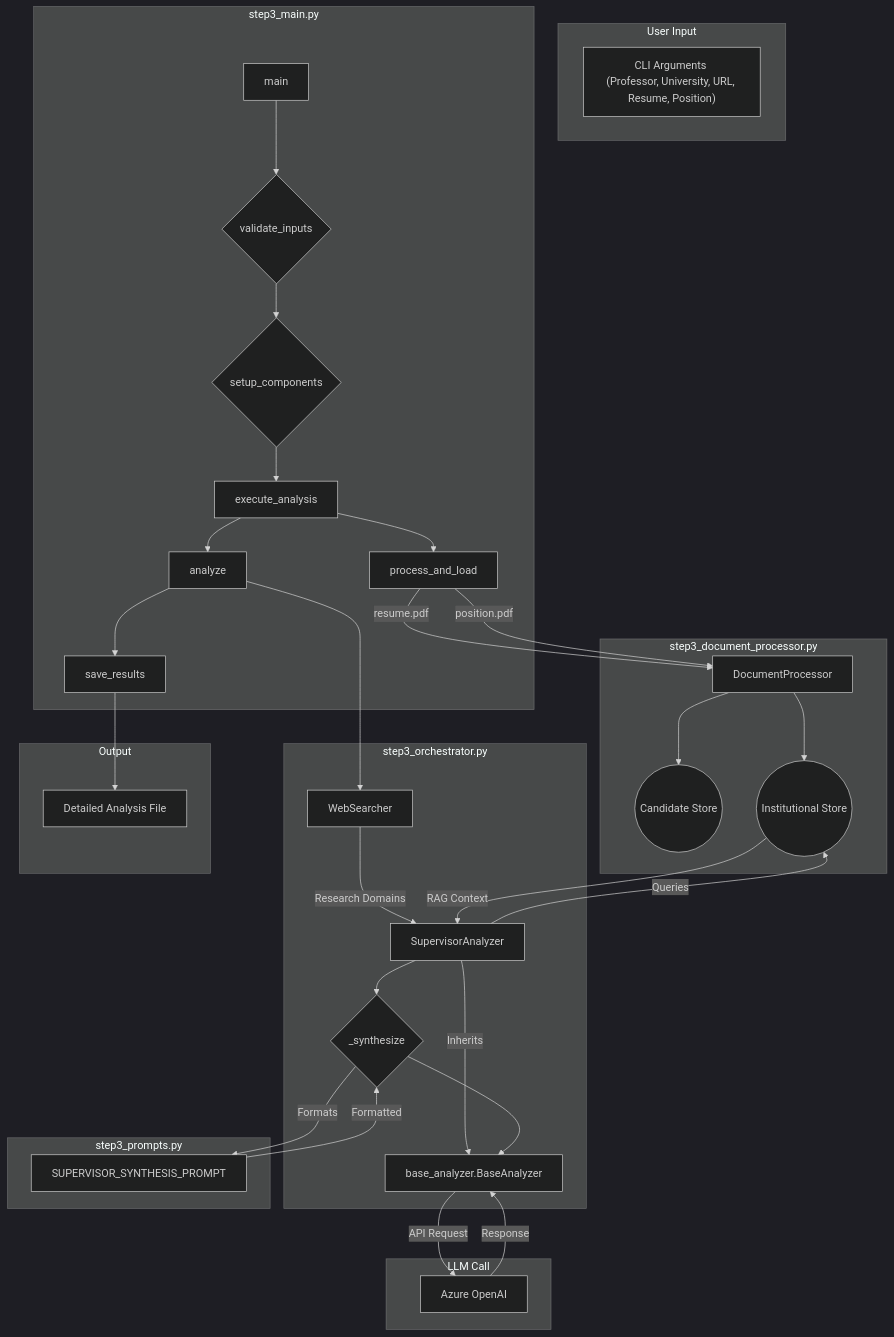
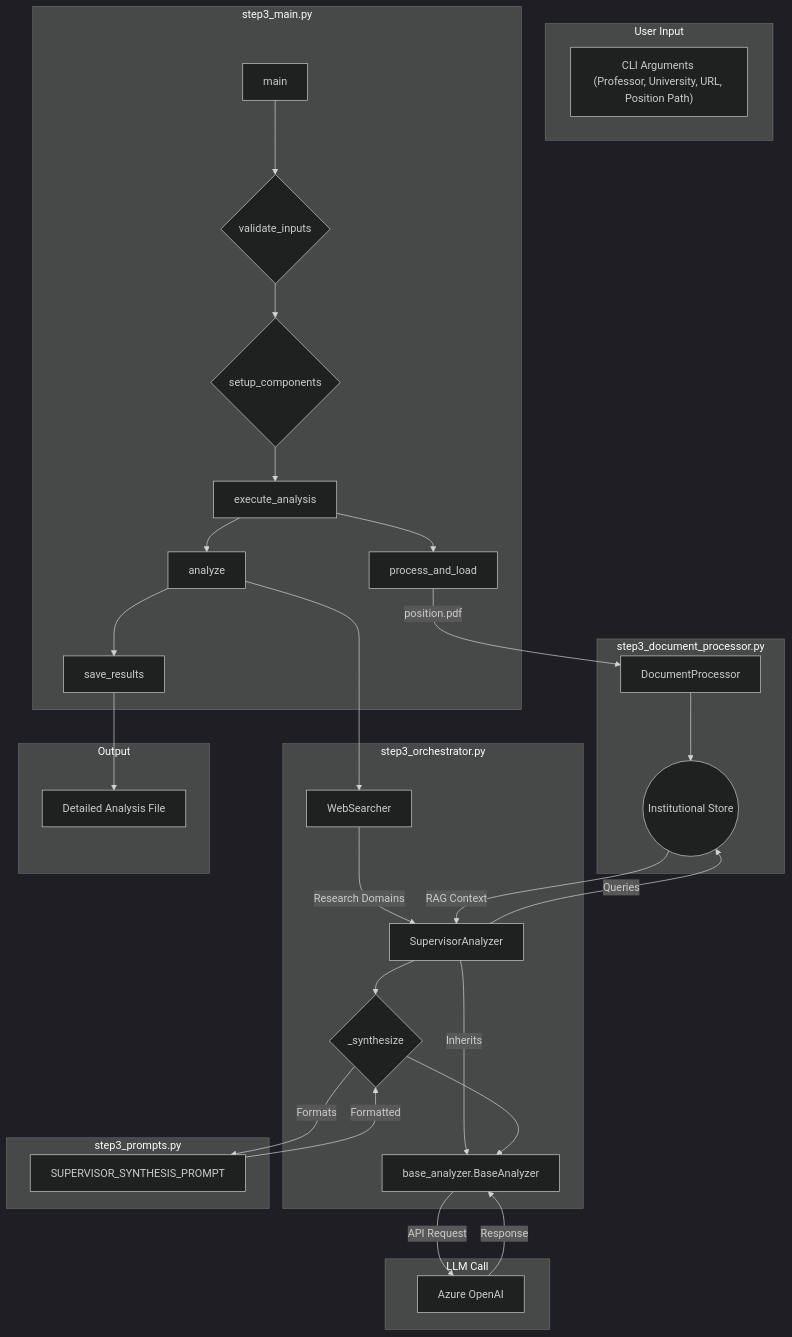
One commit to cavalryxyy/PhD-Cover-Letter-Generator changed the diagram in diagrams/step3_data_flow.mmd. Above: the diagram before and after it, drawn with Mermaid (dark theme).

Commit message:
fix(diagram): update CLI arguments in data flow diagram for clarity

```diff
--- a/diagrams/step3_data_flow.mmd
+++ b/diagrams/step3_data_flow.mmd
@@ -1,49 +1,47 @@
 graph TD
     subgraph User Input
-        A["CLI Arguments <br/>(Professor, University, URL, Resume, Position)"]
+        A["CLI Arguments <br/>(Professor, University, URL, Position Path)"]
     end
 
     subgraph "step3_main.py"
         B[main] --> C{validate_inputs};
         C --> D{setup_components};
         D --> E[execute_analysis];
         E --> F[process_and_load];
         E --> G[analyze];
         G --> H[save_results];
     end
 
     subgraph "step3_document_processor.py"
         I[DocumentProcessor]
-        F -- "resume.pdf" --> I;
         F -- "position.pdf" --> I;
-        I --> J((Candidate Store));
         I --> K((Institutional Store));
     end
 
     subgraph "step3_orchestrator.py"
         L[SupervisorAnalyzer] -- Inherits --> BA[base_analyzer.BaseAnalyzer]
         M[WebSearcher]
         G --> M;
         M -- "Research Domains" --> L;
         L -- "Queries" --> K;
         K -- "RAG Context" --> L;
         L --> N{_synthesize};
     end
     
     subgraph "step3_prompts.py"
         O[SUPERVISOR_SYNTHESIS_PROMPT]
         N -- "Formats" --> O;
         O -- "Formatted" --> N;
     end
 
     subgraph "LLM Call"
       P[Azure OpenAI]
       N --> BA;
       BA -- "API Request" --> P
       P -- "Response" --> BA
     end
 
     subgraph "Output"
       Q[Detailed Analysis File]
       H --> Q
     end
```
